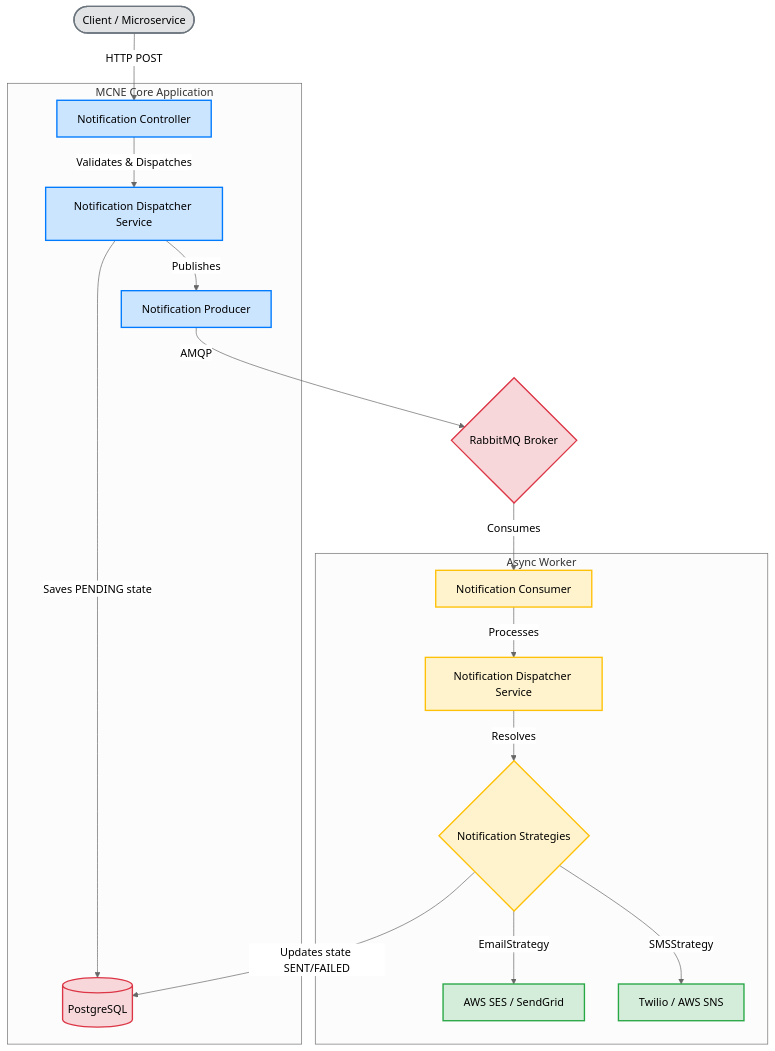
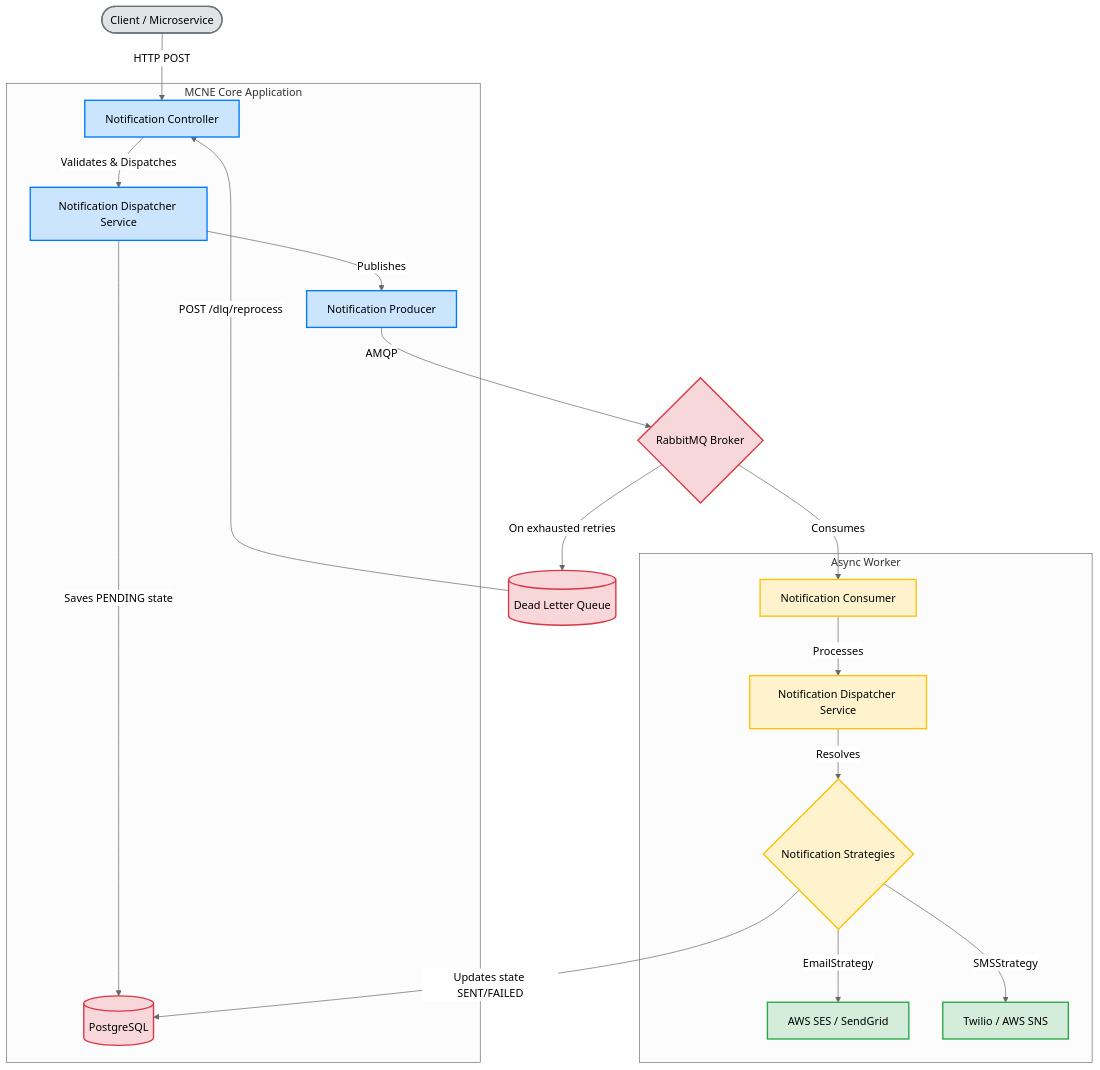
Before and after one commit to pmfml/multi-channel-notification-engine: the first of 4 diagrams in ARCHITECTURE.md, drawn with Mermaid (neutral theme). The commit also changed other lines of this file and 22 other files, not shown here.

````diff
--- a/ARCHITECTURE.md
+++ b/ARCHITECTURE.md
@@ -11,35 +11,38 @@
 ```mermaid
 graph TD
     Client([Client / Microservice]) -->|HTTP POST| Controller[Notification Controller]
 
     subgraph MCNE Core Application
         Controller -->|Validates & Dispatches| Dispatcher[Notification Dispatcher Service]
         Dispatcher -->|Saves PENDING state| DB[(PostgreSQL)]
         Dispatcher -->|Publishes| Producer[Notification Producer]
     end
 
     Producer -->|AMQP| RabbitMQ{RabbitMQ Broker}
 
     RabbitMQ -->|Consumes| Consumer[Notification Consumer]
 
     subgraph Async Worker
         Consumer -->|Processes| AsyncDispatcher[Notification Dispatcher Service]
         AsyncDispatcher -->|Resolves| Strategies{Notification Strategies}
         Strategies -->|EmailStrategy| EmailAPI[AWS SES / SendGrid]
         Strategies -->|SMSStrategy| SMSAPI[Twilio / AWS SNS]
         Strategies -->|Updates state SENT/FAILED| DB
     end
 
+    RabbitMQ -->|On exhausted retries| DLQ[(Dead Letter Queue)]
+    DLQ -->|POST /dlq/reprocess| Controller
+
     %% Styling
     classDef client fill:#e2e3e5,stroke:#6c757d,stroke-width:2px,color:#000000;
     classDef core fill:#cce5ff,stroke:#007bff,stroke-width:2px,color:#000000;
     classDef infra fill:#f8d7da,stroke:#dc3545,stroke-width:2px,color:#000000;
     classDef worker fill:#fff3cd,stroke:#ffc107,stroke-width:2px,color:#000000;
     classDef external fill:#d4edda,stroke:#28a745,stroke-width:2px,color:#000000;
 
     class Client client;
     class Controller,Dispatcher,Producer core;
-    class DB,RabbitMQ infra;
+    class DB,RabbitMQ,DLQ infra;
     class Consumer,AsyncDispatcher,Strategies worker;
     class EmailAPI,SMSAPI external;
 ```
````
